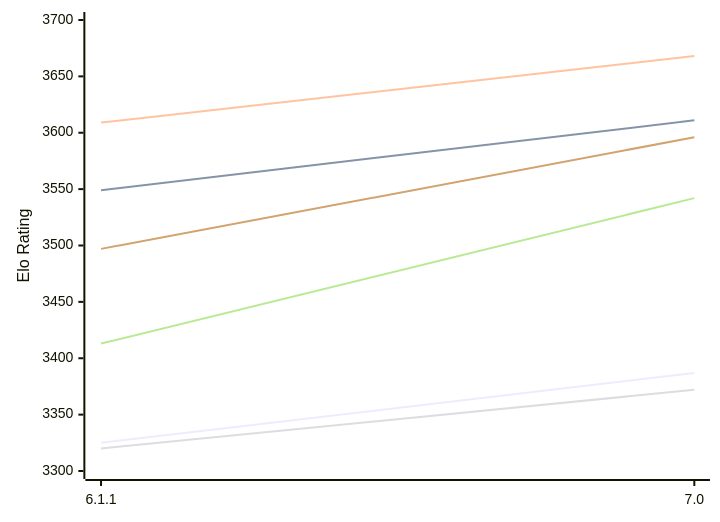
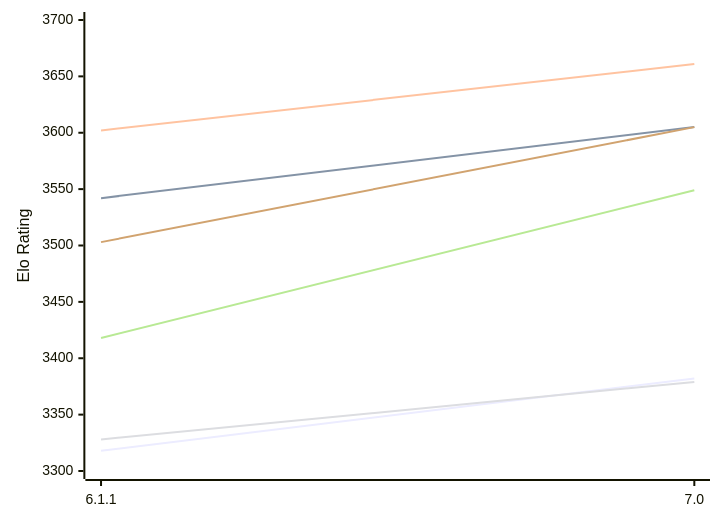
The first of 2 diagrams in engines/Astra.md (computer-chess-index/cci), drawn with Mermaid before and after one commit. The commit also changed other lines of this file, not shown here.

Commit message:
Update CCI Ratings (ELO VLTC) - 2026-11-18

````diff
--- a/engines/Astra.md
+++ b/engines/Astra.md
@@ -50,12 +50,12 @@
 ```mermaid
 %%{init: {"theme":"base","themeVariables":{"seriesColors:['#a3a3a3','#222221','#faa371']}}}%%
 xychart-beta
   x-axis ["6.1.1", "7.0"]
   y-axis "Elo Rating" 3300 --> 3700
-  line "E1: STC (8.0+0.08s)" [3325, 3387]
-  line "E1: LTC (60.0+0.60s)" [3549, 3611]
-  line "E1: VLTC (2m24s+1.12s)" [3609, 3668]
-  line "P1: STC (8.0+0.08s)" [3320, 3372]
-  line "P1: LTC (60.0+0.60s)" [3413, 3542]
-  line "P1: VLTC (2m24s+1.12s)" [3497, 3596]
+  line "E1: STC (8.0+0.08s)" [3318, 3382]
+  line "E1: LTC (60.0+0.60s)" [3542, 3605]
+  line "E1: VLTC (2m24s+1.12s)" [3602, 3661]
+  line "P1: STC (8.0+0.08s)" [3328, 3379]
+  line "P1: LTC (60.0+0.60s)" [3418, 3549]
+  line "P1: VLTC (2m24s+1.12s)" [3503, 3605]
 ```
````
